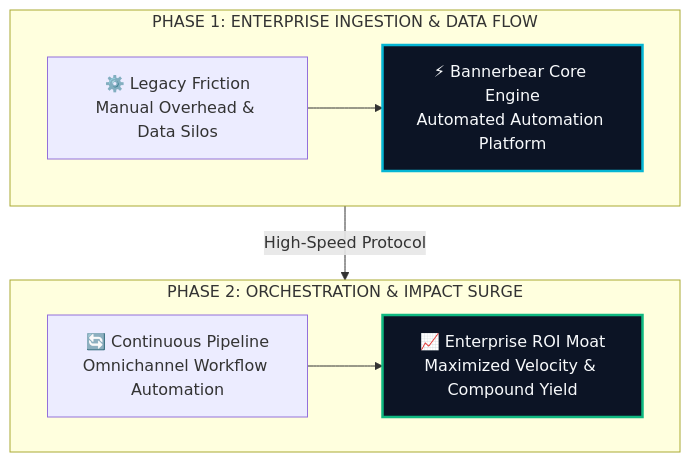
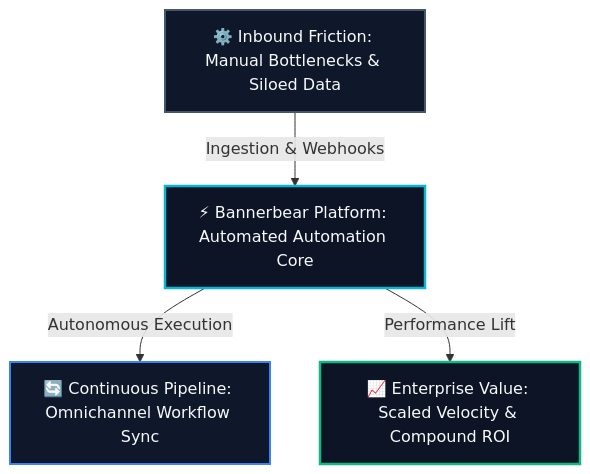
One commit to heliatech-media/saas-radar changed the diagram in site/src/content/blog/bannerbear-evolution-guide-2026.md. Above: the diagram before and after it, drawn with Mermaid. The commit also changed 93 other files, not shown here.

First line of the commit message:
fix(diagrams): resolve dagre-d3 subgraph collision by migrating to balanced 3-tier Hub & Spoke architecture

````diff
--- a/site/src/content/blog/bannerbear-evolution-guide-2026.md
+++ b/site/src/content/blog/bannerbear-evolution-guide-2026.md
@@ -50,14 +50,14 @@
 ```mermaid
 flowchart TD
-    subgraph S1["PHASE 1: ENTERPRISE INGESTION & DATA FLOW"]
-        direction LR
-        A["⚙️ Legacy Friction<br/>Manual Overhead & Data Silos"] --> B["⚡ Bannerbear Core Engine<br/>Automated Automation Platform"]
-    end
-    subgraph S2["PHASE 2: ORCHESTRATION & IMPACT SURGE"]
-        direction LR
-        C["🔄 Continuous Pipeline<br/>Omnichannel Workflow Automation"] --> D["📈 Enterprise ROI Moat<br/>Maximized Velocity & Compound Yield"]
-    end
-    S1 -->|High-Speed Protocol| S2
-    style B fill:#0c1425,stroke:#06b6d4,stroke-width:2.5px,color:#f8fafc
-    style D fill:#0c1425,stroke:#10b981,stroke-width:2.5px,color:#f8fafc
+    Inp["⚙️ Inbound Friction: Manual Bottlenecks & Siloed Data"]
+    Eng["⚡ Bannerbear Platform: Automated Automation Core"]
+    Out1["🔄 Continuous Pipeline: Omnichannel Workflow Sync"]
+    Out2["📈 Enterprise Value: Scaled Velocity & Compound ROI"]
+    Inp -->|Ingestion & Webhooks| Eng
+    Eng -->|Autonomous Execution| Out1
+    Eng -->|Performance Lift| Out2
+    style Inp fill:#0f172a,stroke:#475569,stroke-width:2px,color:#f8fafc
+    style Eng fill:#0c1425,stroke:#06b6d4,stroke-width:2.5px,color:#f8fafc
+    style Out1 fill:#0f172a,stroke:#3b82f6,stroke-width:2px,color:#f8fafc
+    style Out2 fill:#0c1425,stroke:#10b981,stroke-width:2.5px,color:#f8fafc
 ```
````
